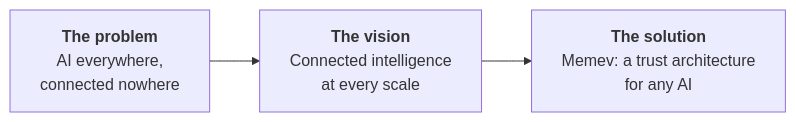
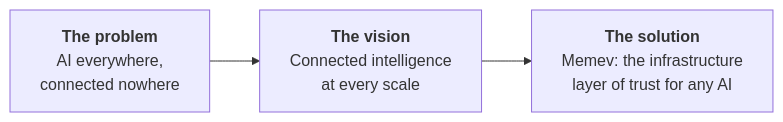
The first of 4 diagrams in docs/trust-architecture/README.md (mgillr/memev), drawn with Mermaid before and after one commit. The commit also changed other lines of this file and 12 other files, not shown here.

First line of the commit message:
docs: the overview shows Memev as an infrastructure layer, its value at each scale, and the technology underneath

````diff
--- a/docs/trust-architecture/README.md
+++ b/docs/trust-architecture/README.md
@@ -14,7 +14,7 @@
 ```mermaid
 flowchart LR
     problem["<b>The problem</b><br/>AI everywhere,<br/>connected nowhere"]
     vision["<b>The vision</b><br/>Connected intelligence<br/>at every scale"]
-    solution["<b>The solution</b><br/>Memev: a trust architecture<br/>for any AI"]
+    solution["<b>The solution</b><br/>Memev: the infrastructure<br/>layer of trust for any AI"]
     problem --> vision --> solution
 ```
````
